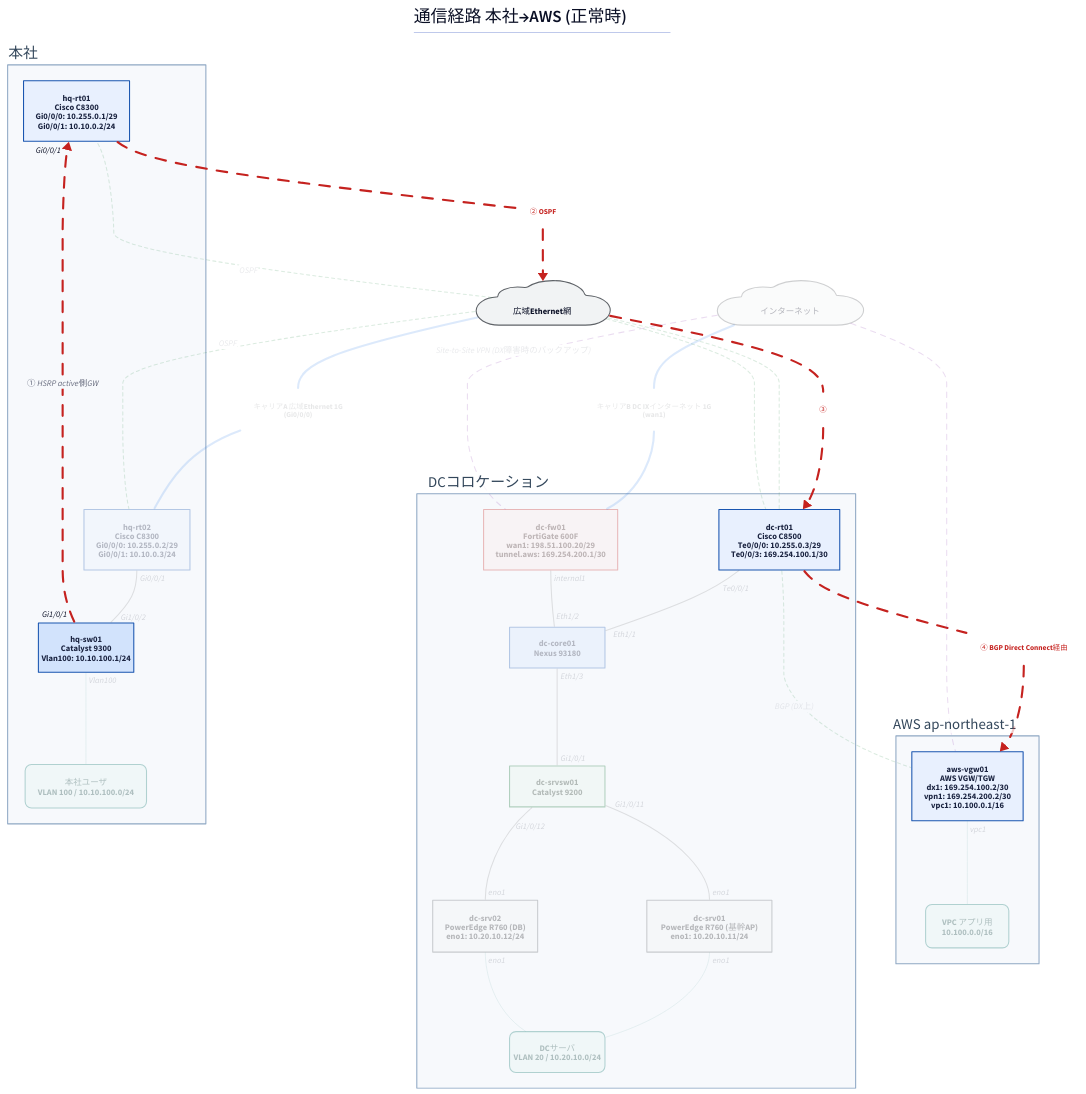
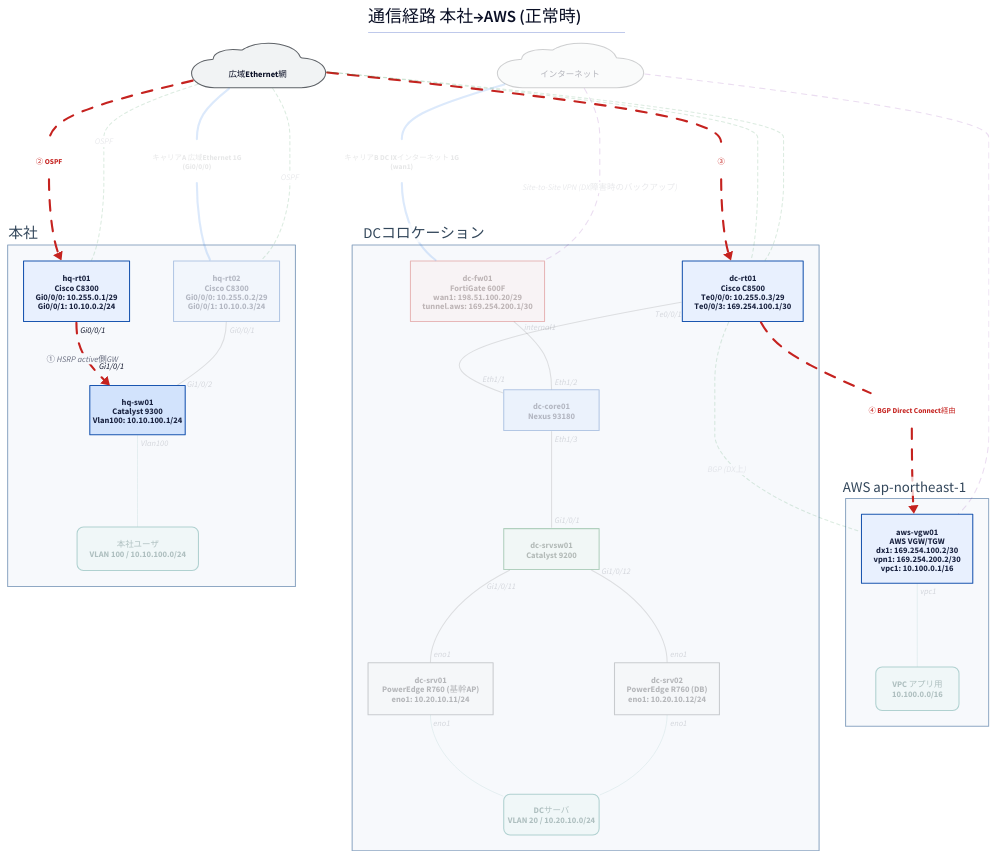
The diagram in examples/hq-dc-cloud/generated/path-normal.d2 (thinas1115/nwdsl), drawn with D2 before and after one commit. The commit also changed 21 other files, not shown here.

First line of the commit message:
経路図の矢印反転がレイアウトの階層を壊す問題を修正

```diff
--- a/examples/hq-dc-cloud/generated/path-normal.d2
+++ b/examples/hq-dc-cloud/generated/path-normal.d2
@@ -1,88 +1,88 @@
 title: |md
   # 通信経路 本社→AWS (正常時)
 | {near: top-center}
 direction: down
 
 classes: {
   role-router: {style.fill: "#e8f0fe"; style.stroke: "#1a56b0"; style.font-color: "#1a2340"}
   role-l3switch: {style.fill: "#d2e3fc"; style.stroke: "#1a56b0"; style.font-color: "#1a2340"}
   role-l2switch: {style.fill: "#e6f4ea"; style.stroke: "#137333"; style.font-color: "#1a2e1f"}
   role-firewall: {style.fill: "#fce8e6"; style.stroke: "#c5221f"; style.font-color: "#3c1a19"}
   role-other: {style.fill: "#f1f3f4"; style.stroke: "#5f6368"; style.font-color: "#202124"}
   node-cloud: {shape: cloud; style.fill: "#f1f3f4"; style.stroke: "#5f6368"}
   node-site: {style.fill: "#fff8e1"; style.stroke: "#b58105"; style.font-color: "#4a3a08"}
   node-segment: {style.fill: "#e2f5f0"; style.stroke: "#0f766e"; style.font-color: "#0b3d38"; style.border-radius: 12}
   node-external: {style.fill: "#ffffff"; style.stroke: "#9aa0a6"; style.stroke-dash: 3}
   group-site: {style.fill: "#f7f9fc"; style.stroke: "#8fa8c4"; style.font-color: "#33475b"}
   edge-label: {style.fill: "transparent"; style.stroke: "transparent"; style.font-size: 14; style.font-color: "#5f6368"; style.italic: true}
   edge-lan-cable: {style.stroke: "#4a4a4a"; style.stroke-width: 2}
   edge-wan-circuit: {style.stroke: "#1a73e8"; style.stroke-width: 4}
   edge-tunnel: {style.stroke: "#7b1fa2"; style.stroke-width: 2; style.stroke-dash: 5}
   edge-logical: {style.stroke: "#188038"; style.stroke-width: 2; style.stroke-dash: 3}
   edge-segment: {style.stroke: "#0f766e"; style.stroke-width: 1}
 }
 
 s_hq: "本社" {
   class: group-site
   label.near: outside-top-left
   n_hq_rt01: "hq-rt01\nCisco C8300\nGi0/0/0: 10.255.0.1/29\nGi0/0/1: 10.10.0.2/24" {class: role-router}
   n_hq_sw01: "hq-sw01\nCatalyst 9300\nVlan100: 10.10.100.1/24" {class: role-l3switch; width: 180}
   n_hq_rt02: "hq-rt02\nCisco C8300\nGi0/0/0: 10.255.0.2/29\nGi0/0/1: 10.10.0.3/24" {class: role-router; style.opacity: 0.3}
   n_seg__hq_users: "本社ユーザ\nVLAN 100 / 10.10.100.0/24" {class: node-segment; style.opacity: 0.3}
 }
 
 s_dc: "DCコロケーション" {
   class: group-site
   label.near: outside-top-left
   n_dc_rt01: "dc-rt01\nCisco C8500\nTe0/0/0: 10.255.0.3/29\nTe0/0/3: 169.254.100.1/30" {class: role-router}
   n_dc_core01: "dc-core01\nNexus 93180" {class: role-l3switch; width: 180; style.opacity: 0.3}
   n_dc_fw01: "dc-fw01\nFortiGate 600F\nwan1: 198.51.100.20/29\ntunnel.aws: 169.254.200.1/30" {class: role-firewall; style.opacity: 0.3}
   n_dc_srvsw01: "dc-srvsw01\nCatalyst 9200" {class: role-l2switch; width: 180; style.opacity: 0.3}
   n_dc_srv01: "dc-srv01\nPowerEdge R760 (基幹AP)\neno1: 10.20.10.11/24" {class: role-other; style.opacity: 0.3}
   n_dc_srv02: "dc-srv02\nPowerEdge R760 (DB)\neno1: 10.20.10.12/24" {class: role-other; style.opacity: 0.3}
   n_seg__dc_servers: "DCサーバ\nVLAN 20 / 10.20.10.0/24" {class: node-segment; width: 180; style.opacity: 0.3}
 }
 
 s_aws: "AWS ap-northeast-1" {
   class: group-site
   label.near: outside-top-left
   n_aws_vgw01: "aws-vgw01\nAWS VGW/TGW\ndx1: 169.254.100.2/30\nvpn1: 169.254.200.2/30\nvpc1: 10.100.0.1/16" {class: role-router}
   n_seg__aws_vpc_app: "VPC アプリ用\n10.100.0.0/16" {class: node-segment; style.opacity: 0.3}
 }
 
 n_wide_ether: "　広域Ethernet網　" {class: node-cloud}
 n_internet: "　インターネット　" {class: node-cloud; style.opacity: 0.3}
 
-s_hq.n_hq_sw01 -> s_hq.n_hq_rt01: "① HSRP active側GW" {class: edge-lan-cable; source-arrowhead.label: "Gi1/0/1"; target-arrowhead.label: "Gi0/0/1"; style.stroke: "#c5221f"; style.stroke-width: 4; style.animated: true}
+s_hq.n_hq_rt01 -> s_hq.n_hq_sw01: "① HSRP active側GW" {class: edge-lan-cable; source-arrowhead.label: "Gi0/0/1"; target-arrowhead.label: "Gi1/0/1"; style.stroke: "#c5221f"; style.stroke-width: 4; style.animated: true}
 s_hq.n_hq_rt02 -- s_hq.n_hq_sw01 {class: edge-lan-cable; source-arrowhead.label: "Gi0/0/1"; target-arrowhead.label: "Gi1/0/2"; style.opacity: 0.15}
 s_dc.n_dc_rt01 -- s_dc.n_dc_core01 {class: edge-lan-cable; source-arrowhead.label: "Te0/0/1"; target-arrowhead.label: "Eth1/1"; style.opacity: 0.15}
 s_dc.n_dc_fw01 -- s_dc.n_dc_core01 {class: edge-lan-cable; source-arrowhead.label: "internal1"; target-arrowhead.label: "Eth1/2"; style.opacity: 0.15}
 s_dc.n_dc_core01 -- s_dc.n_dc_srvsw01 {class: edge-lan-cable; source-arrowhead.label: "Eth1/3"; target-arrowhead.label: "Gi1/0/1"; style.opacity: 0.15}
 s_dc.n_dc_srvsw01 -- s_dc.n_dc_srv01 {class: edge-lan-cable; source-arrowhead.label: "Gi1/0/11"; target-arrowhead.label: "eno1"; style.opacity: 0.15}
 s_dc.n_dc_srvsw01 -- s_dc.n_dc_srv02 {class: edge-lan-cable; source-arrowhead.label: "Gi1/0/12"; target-arrowhead.label: "eno1"; style.opacity: 0.15}
 lbl_7: "② OSPF" {class: edge-label; style.font-color: "#c5221f"; style.bold: true}
-s_hq.n_hq_rt01 -- lbl_7 {class: edge-wan-circuit; style.stroke: "#c5221f"; style.stroke-width: 4; style.animated: true}
-lbl_7 -> n_wide_ether {class: edge-wan-circuit; style.stroke: "#c5221f"; style.stroke-width: 4; style.animated: true}
+n_wide_ether -- lbl_7 {class: edge-wan-circuit; style.stroke: "#c5221f"; style.stroke-width: 4; style.animated: true}
+lbl_7 -> s_hq.n_hq_rt01 {class: edge-wan-circuit; style.stroke: "#c5221f"; style.stroke-width: 4; style.animated: true}
 lbl_8: "キャリアA 広域Ethernet 1G\n(Gi0/0/0)" {class: edge-label; style.opacity: 0.15}
 n_wide_ether -- lbl_8 {class: edge-wan-circuit; style.opacity: 0.15}
 lbl_8 -- s_hq.n_hq_rt02 {class: edge-wan-circuit; style.opacity: 0.15}
 lbl_9: "③" {class: edge-label; style.font-color: "#c5221f"; style.bold: true}
 n_wide_ether -- lbl_9 {class: edge-wan-circuit; style.stroke: "#c5221f"; style.stroke-width: 4; style.animated: true}
 lbl_9 -> s_dc.n_dc_rt01 {class: edge-wan-circuit; style.stroke: "#c5221f"; style.stroke-width: 4; style.animated: true}
 lbl_10: "④ BGP Direct Connect経由" {class: edge-label; style.font-color: "#c5221f"; style.bold: true}
 s_dc.n_dc_rt01 -- lbl_10 {class: edge-wan-circuit; style.stroke: "#c5221f"; style.stroke-width: 4; style.animated: true}
 lbl_10 -> s_aws.n_aws_vgw01 {class: edge-wan-circuit; style.stroke: "#c5221f"; style.stroke-width: 4; style.animated: true}
 lbl_11: "キャリアB DC IXインターネット 1G\n(wan1)" {class: edge-label; style.opacity: 0.15}
 n_internet -- lbl_11 {class: edge-wan-circuit; style.opacity: 0.15}
 lbl_11 -- s_dc.n_dc_fw01 {class: edge-wan-circuit; style.opacity: 0.15}
 n_internet -- s_dc.n_dc_fw01: "Site-to-Site VPN (DX障害時のバックアップ)" {class: edge-tunnel; style.opacity: 0.15}
 n_internet -- s_aws.n_aws_vgw01 {class: edge-tunnel; style.opacity: 0.15}
 n_wide_ether -- s_hq.n_hq_rt01: "OSPF" {class: edge-logical; style.opacity: 0.15}
 n_wide_ether -- s_dc.n_dc_rt01 {class: edge-logical; style.opacity: 0.15}
 n_wide_ether -- s_hq.n_hq_rt02: "OSPF" {class: edge-logical; style.opacity: 0.15}
 n_wide_ether -- s_dc.n_dc_rt01 {class: edge-logical; style.opacity: 0.15}
 s_dc.n_dc_rt01 -- s_aws.n_aws_vgw01: "BGP (DX上)" {class: edge-logical; style.opacity: 0.15}
 s_hq.n_hq_sw01 -- s_hq.n_seg__hq_users {class: edge-segment; source-arrowhead.label: "Vlan100"; style.opacity: 0.15}
 s_dc.n_dc_srv01 -- s_dc.n_seg__dc_servers {class: edge-segment; source-arrowhead.label: "eno1"; style.opacity: 0.15}
 s_dc.n_dc_srv02 -- s_dc.n_seg__dc_servers {class: edge-segment; source-arrowhead.label: "eno1"; style.opacity: 0.15}
 s_aws.n_aws_vgw01 -- s_aws.n_seg__aws_vpc_app {class: edge-segment; source-arrowhead.label: "vpc1"; style.opacity: 0.15}
```
